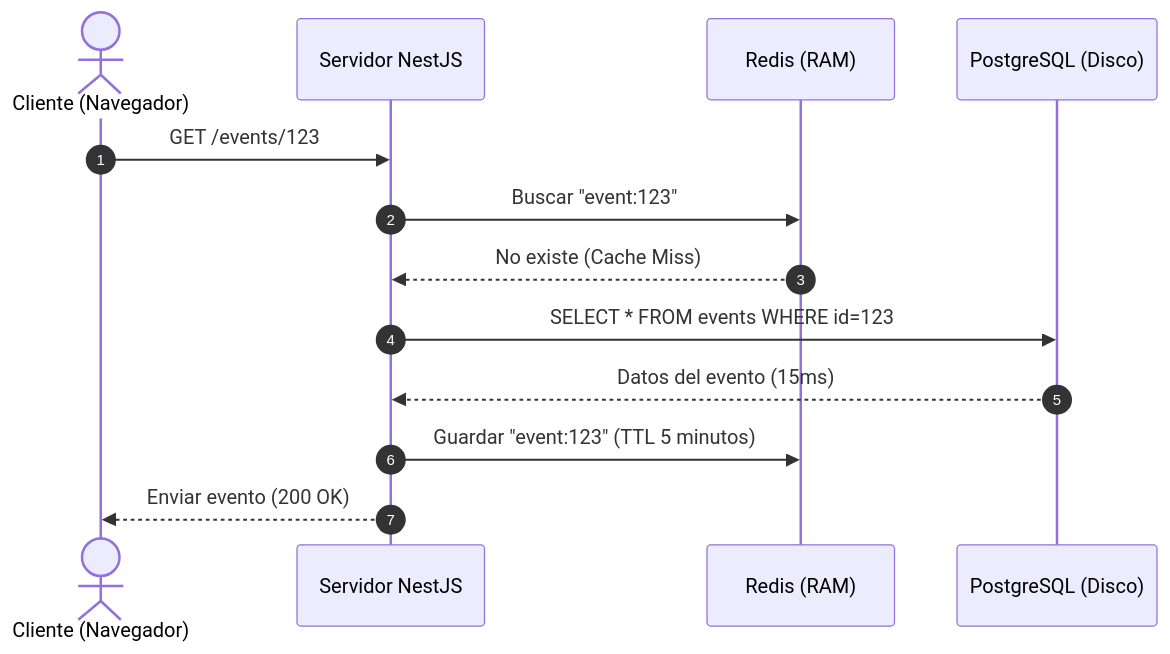
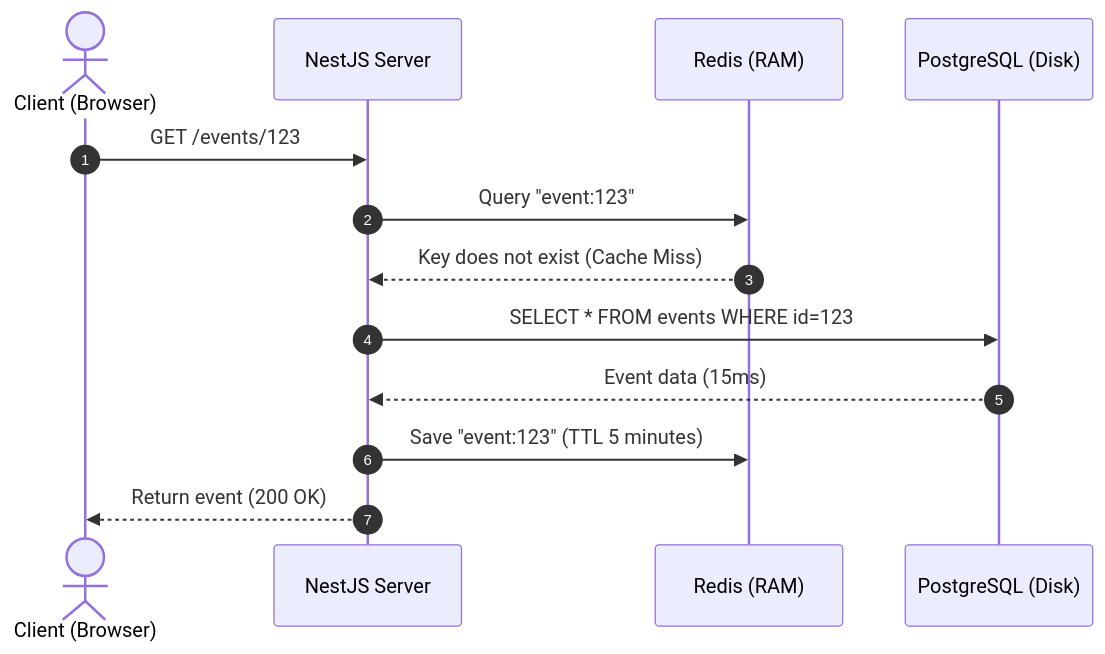
One commit to Catriel42/events-manager-jalau changed the second of 4 diagrams in docs/rediszacion.md. Above: the diagram before and after it, drawn with Mermaid. The commit also changed other lines of this file, not shown here.

Commit message:
docs: translate redis architecture guide to English

````diff
--- a/docs/rediszacion.md
+++ b/docs/rediszacion.md
@@ -62,16 +62,16 @@
 ```mermaid
 sequenceDiagram
     autonumber
-    actor Cliente as Cliente (Navegador)
-    participant Servidor as Servidor NestJS
+    actor Client as Client (Browser)
+    participant Server as NestJS Server
     participant Redis as Redis (RAM)
-    participant Postgres as PostgreSQL (Disco)
+    participant Postgres as PostgreSQL (Disk)
 
-    Cliente->>Servidor: GET /events/123
-    Servidor->>Redis: Buscar "event:123"
-    Redis-->>Servidor: No existe (Cache Miss)
-    Servidor->>Postgres: SELECT * FROM events WHERE id=123
-    Postgres-->>Servidor: Datos del evento (15ms)
-    Servidor->>Redis: Guardar "event:123" (TTL 5 minutos)
-    Servidor-->>Cliente: Enviar evento (200 OK)
+    Client->>Server: GET /events/123
+    Server->>Redis: Query "event:123"
+    Redis-->>Server: Key does not exist (Cache Miss)
+    Server->>Postgres: SELECT * FROM events WHERE id=123
+    Postgres-->>Server: Event data (15ms)
+    Server->>Redis: Save "event:123" (TTL 5 minutes)
+    Server-->>Client: Return event (200 OK)
 ```
````
